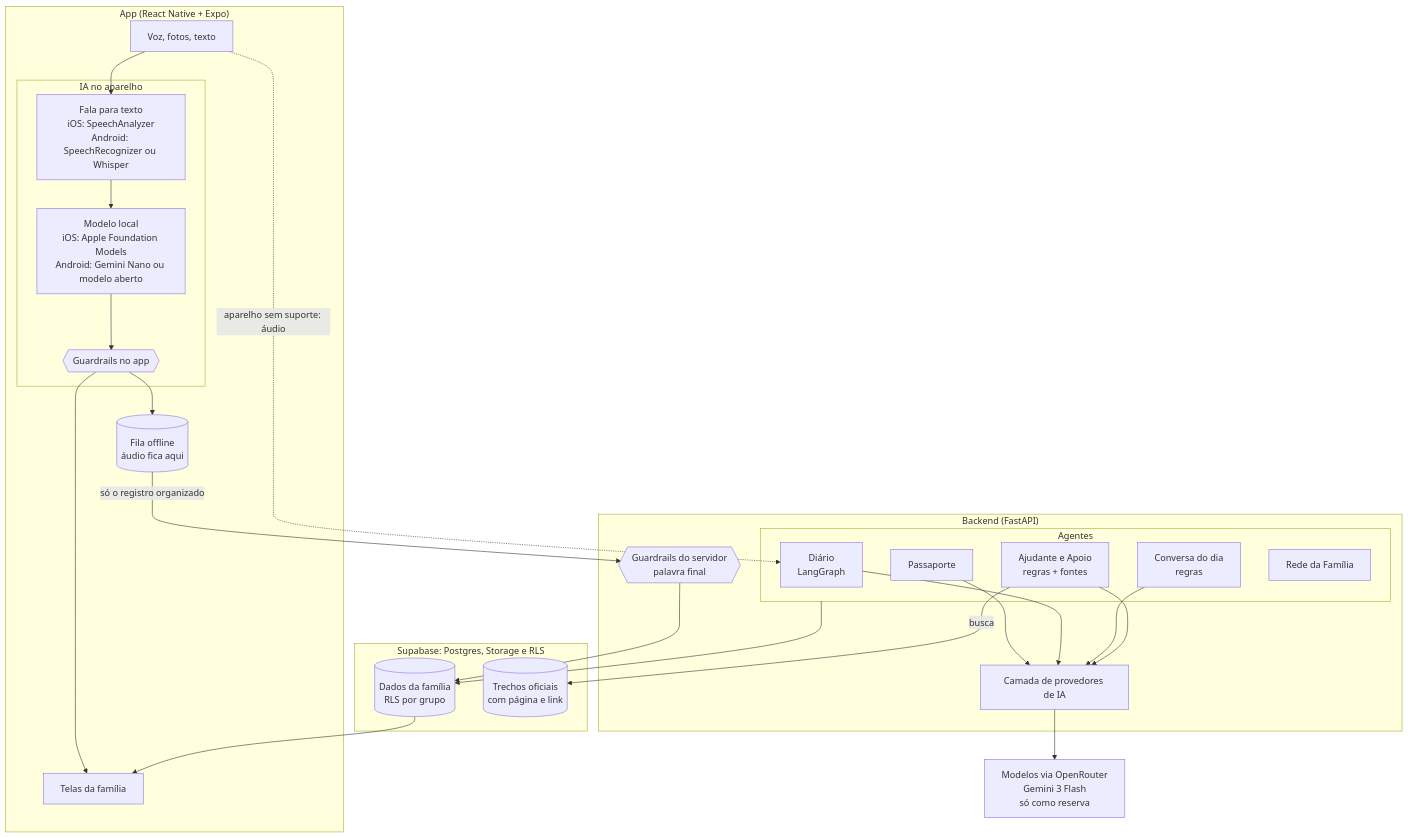
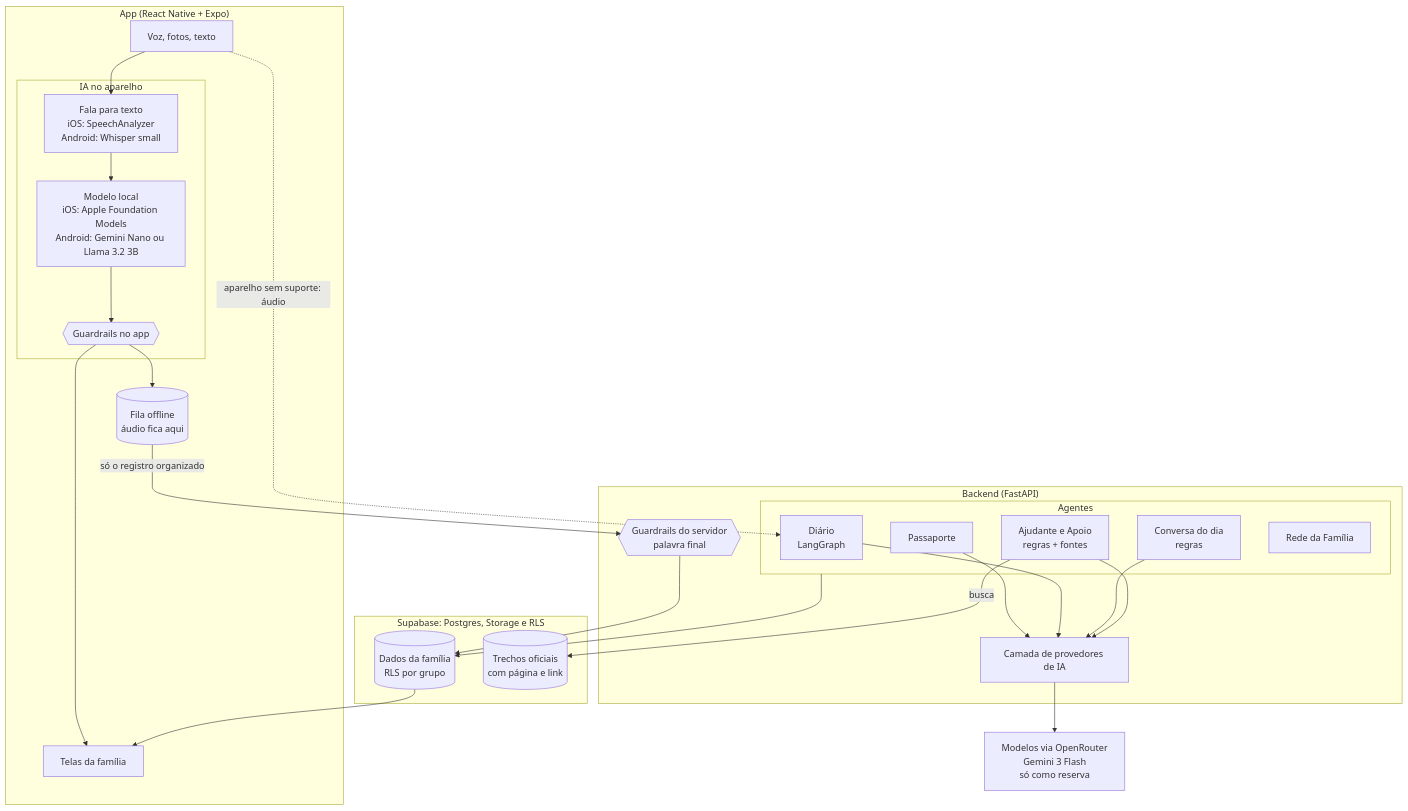
Before and after one commit to LucasArais/SempreAqui: the diagram in README.md, drawn with Mermaid. The commit also changed other lines of this file and 17 other files, not shown here.

First line of the commit message:
feat: Integrate Gemini Nano and Llama 3.2 for local AI processing on Android

````diff
--- a/README.md
+++ b/README.md
@@ -165,42 +184,42 @@
 ```mermaid
 flowchart TB
     subgraph Celular["App (React Native + Expo)"]
         V[Voz, fotos, texto]
         subgraph Local["IA no aparelho"]
-            ST[Fala para texto<br/>iOS: SpeechAnalyzer<br/>Android: SpeechRecognizer ou Whisper]
-            LM[Modelo local<br/>iOS: Apple Foundation Models<br/>Android: Gemini Nano ou modelo aberto]
+            ST[Fala para texto<br/>iOS: SpeechAnalyzer<br/>Android: Whisper small]
+            LM[Modelo local<br/>iOS: Apple Foundation Models<br/>Android: Gemini Nano ou Llama 3.2 3B]
             GL{{Guardrails no app}}
         end
         Q[(Fila offline<br/>áudio fica aqui)]
         T[Telas da família]
     end
 
     subgraph API["Backend (FastAPI)"]
         G{{Guardrails do servidor<br/>palavra final}}
         subgraph Agentes["Agentes"]
             D[Diário<br/>LangGraph]
             P[Passaporte]
             R[Conversa do dia<br/>regras]
             A[Ajudante e Apoio<br/>regras + fontes]
             RF[Rede da Família]
         end
         L[Camada de provedores de IA]
     end
 
     subgraph Dados["Supabase: Postgres, Storage e RLS"]
         F[(Dados da família<br/>RLS por grupo)]
         E[(Trechos oficiais<br/>com página e link)]
     end
 
     M[Modelos via OpenRouter<br/>Gemini 3 Flash<br/>só como reserva]
 
     V --> ST --> LM --> GL --> Q
     GL --> T
     Q -- "só o registro organizado" --> G
     V -. "aparelho sem suporte: áudio" .-> D
     P & D & R & A --> L --> M
     A -- busca --> E
     G --> F
     Agentes --> F
     F --> T
 ```
````
